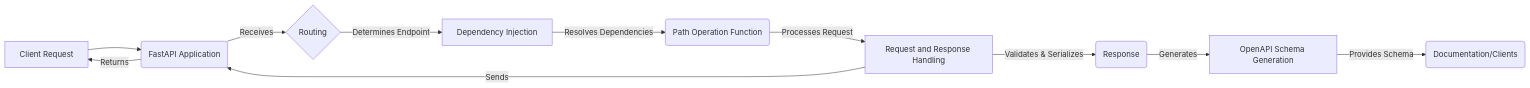
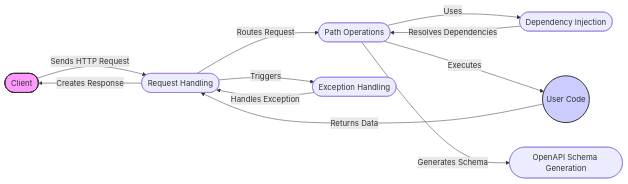
One commit to CodeBoarding/GeneratedOnBoardings changed the diagram in fastapi/on_boarding.md. Above: the diagram before and after it, drawn with Mermaid. The commit also changed other lines of this file and 8 other files, not shown here.

````diff
--- a/fastapi/on_boarding.md
+++ b/fastapi/on_boarding.md
@@ -5,24 +7,24 @@
 ```mermaid
 graph LR
-    A["Client Request"] --> B("FastAPI Application")
-    B -- Receives --> C{"Routing"}
-    C -- Determines Endpoint --> D["Dependency Injection"]
-    D -- Resolves Dependencies --> E("Path Operation Function")
-    E -- Processes Request --> F["Request and Response Handling"]
-    F -- Validates & Serializes --> G("Response")
-    G -- Generates --> H["OpenAPI Schema Generation"]
-    H -- Provides Schema --> I("Documentation/Clients")
-    F -- Sends --> B
-    B -- Returns --> A
+    Client([Client]) -- Sends HTTP Request --> RequestHandling([Request Handling])
+    RequestHandling -- Routes Request --> PathOperations([Path Operations])
+    PathOperations -- Uses --> DependencyInjection([Dependency Injection])
+    DependencyInjection -- Resolves Dependencies --> PathOperations
+    PathOperations -- Executes --> UserCode((User Code))
+    UserCode -- Returns Data --> RequestHandling
+    RequestHandling -- Creates Response --> Client
+    PathOperations -- Generates Schema --> OpenAPISchemaGeneration([OpenAPI Schema Generation])
+    RequestHandling -- Triggers --> ExceptionHandling([Exception Handling])
+    ExceptionHandling -- Handles Exception --> RequestHandling
 
-click A href "https://github.com/CodeBoarding/GeneratedOnBoardings/blob/main/fastapi//Request%20and%20Response%20Handling.md"
-click B href "https://github.com/CodeBoarding/GeneratedOnBoardings/blob/main/fastapi//FastAPI%20Application.md"
-click C href "https://github.com/CodeBoarding/GeneratedOnBoardings/blob/main/fastapi//Routing.md"
-click D href "https://github.com/CodeBoarding/GeneratedOnBoardings/blob/main/fastapi//Dependency%20Injection.md"
-click E href "https://github.com/CodeBoarding/GeneratedOnBoardings/blob/main/fastapi//Request%20and%20Response%20Handling.md"
-click F href "https://github.com/CodeBoarding/GeneratedOnBoardings/blob/main/fastapi//Request%20and%20Response%20Handling.md"
-click G href "https://github.com/CodeBoarding/GeneratedOnBoardings/blob/main/fastapi//OpenAPI%20Schema%20Generation.md"
-click H href "https://github.com/CodeBoarding/GeneratedOnBoardings/blob/main/fastapi//OpenAPI%20Schema%20Generation.md"
-click I href "https://github.com/CodeBoarding/GeneratedOnBoardings/blob/main/fastapi//OpenAPI%20Schema%20Generation.md"
 
+
+    style Client fill:#f9f,stroke:#333,stroke-width:2px
+    style UserCode fill:#ccf,stroke:#333,stroke-width:2px
+
+click RequestHandling href "https://github.com/CodeBoarding/GeneratedOnBoardings/blob/main/fastapi//Request%20Handling.md"
+click PathOperations href "https://github.com/CodeBoarding/GeneratedOnBoardings/blob/main/fastapi//Path%20Operations.md"
+click DependencyInjection href "https://github.com/CodeBoarding/GeneratedOnBoardings/blob/main/fastapi//Dependency%20Injection.md"
+click OpenAPISchemaGeneration href "https://github.com/CodeBoarding/GeneratedOnBoardings/blob/main/fastapi//OpenAPI%20Schema%20Generation.md"
+click ExceptionHandling href "https://github.com/CodeBoarding/GeneratedOnBoardings/blob/main/fastapi//Exception%20Handling.md"
 ```
````
